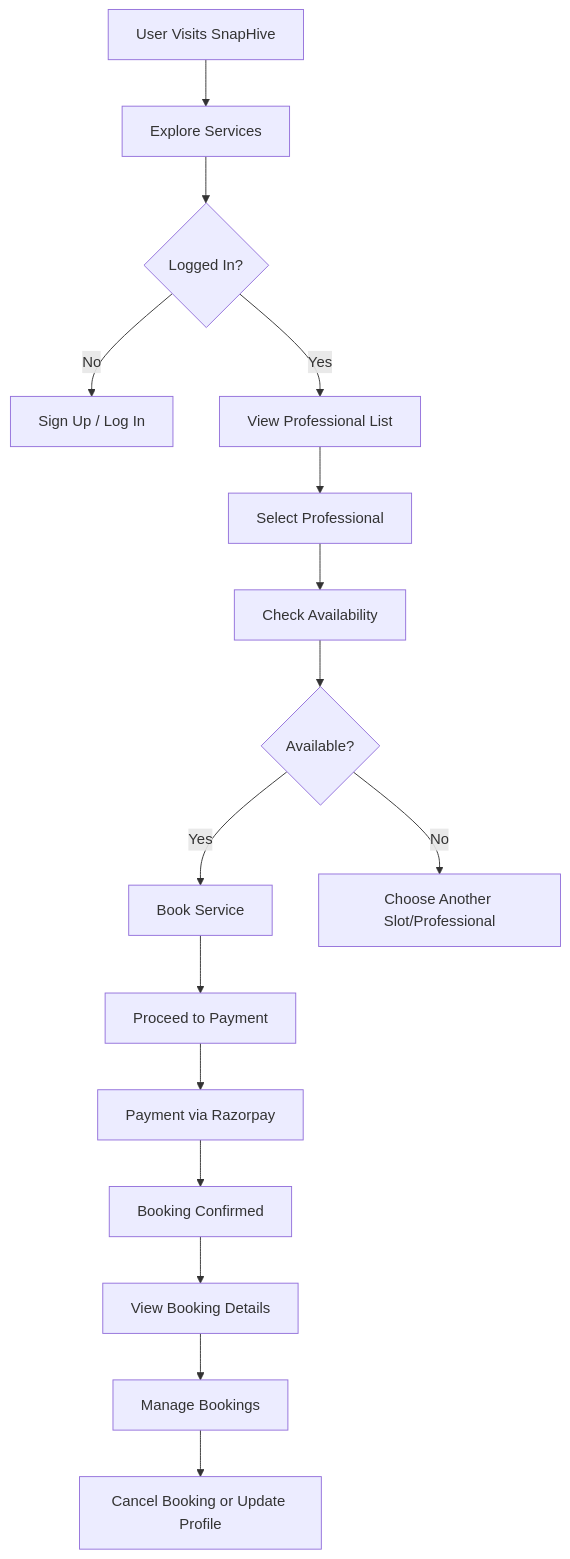
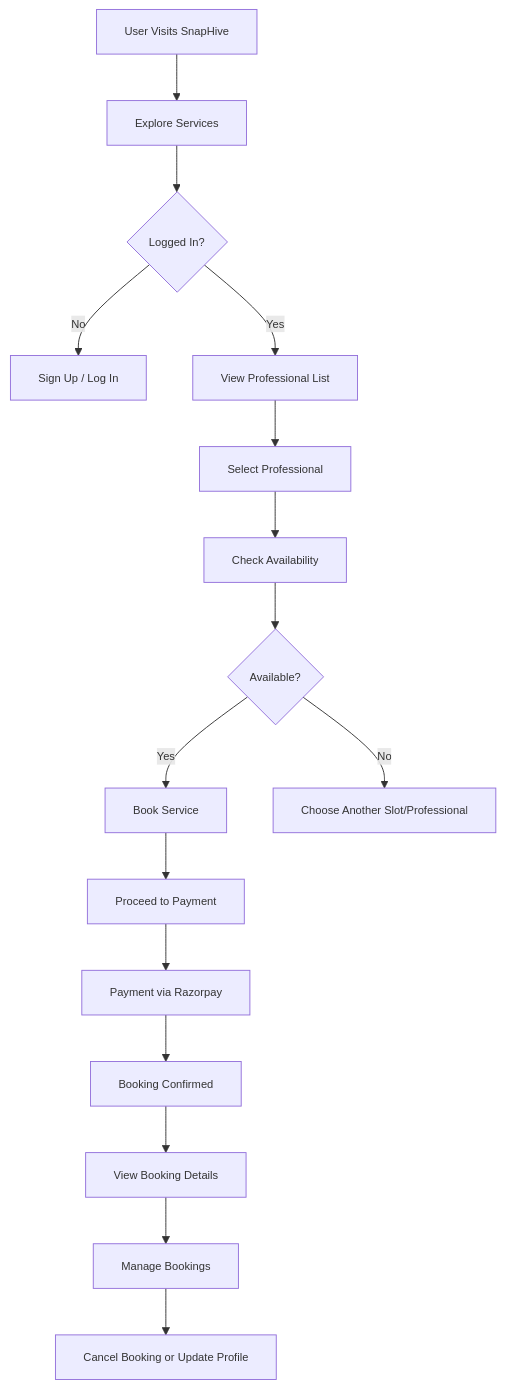
The first of 4 diagrams in README.md (deepakcode21/snaphive-services), drawn with Mermaid before and after one commit. The commit also changed other lines of this file, not shown here.

````diff
--- a/README.md
+++ b/README.md
@@ -147,18 +157,20 @@
 ```mermaid
+%%{init: {'themeVariables': {'fontSize': '12px'}}}%%
 graph TD
     A[User Visits SnapHive] --> B[Explore Services]
     B --> C{Logged In?}
     C -->|No| D[Sign Up / Log In]
     C -->|Yes| E[View Professional List]
     E --> F[Select Professional]
     F --> G[Check Availability]
     G --> H{Available?}
     H -->|Yes| I[Book Service]
     H -->|No| J[Choose Another Slot/Professional]
     I --> K[Proceed to Payment]
     K --> L[Payment via Razorpay]
     L --> M[Booking Confirmed]
     M --> N[View Booking Details]
     N --> O[Manage Bookings]
     O --> P[Cancel Booking or Update Profile]
+
 ```
````
